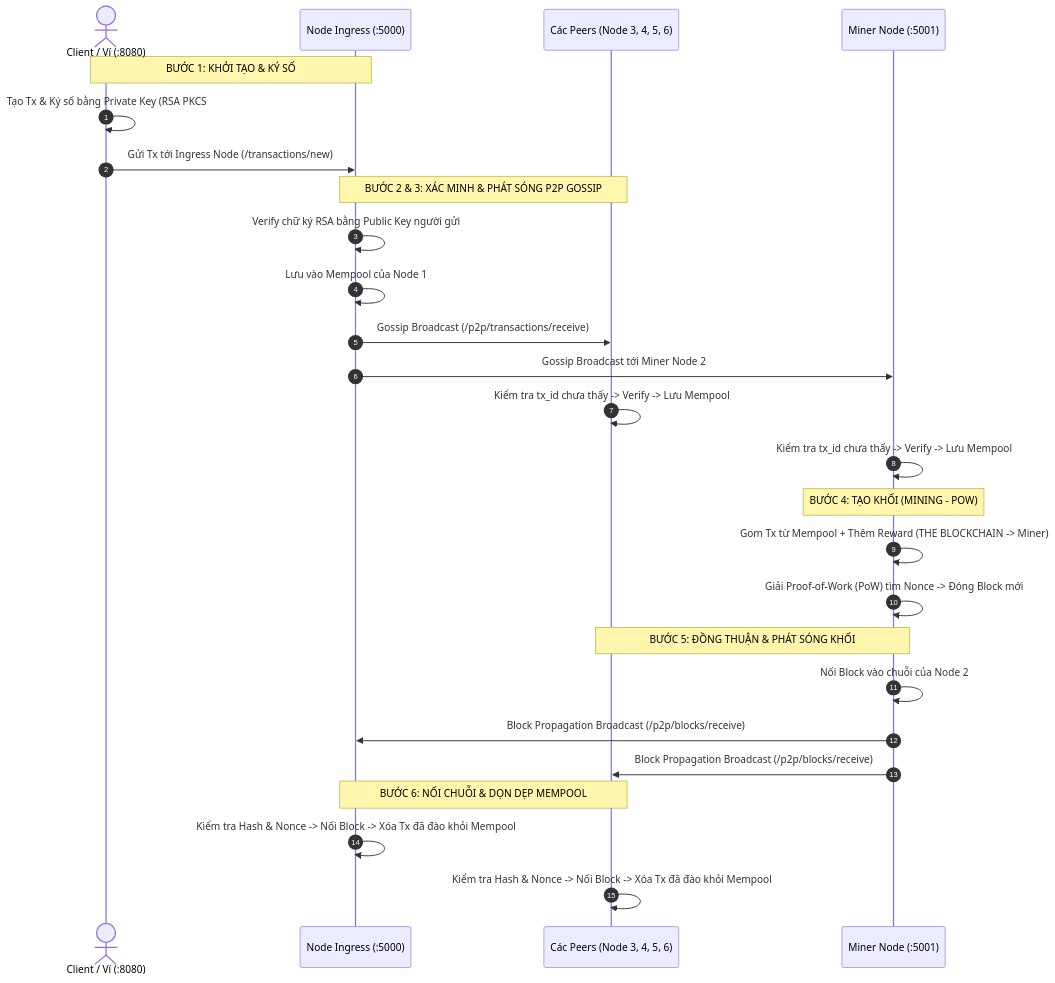
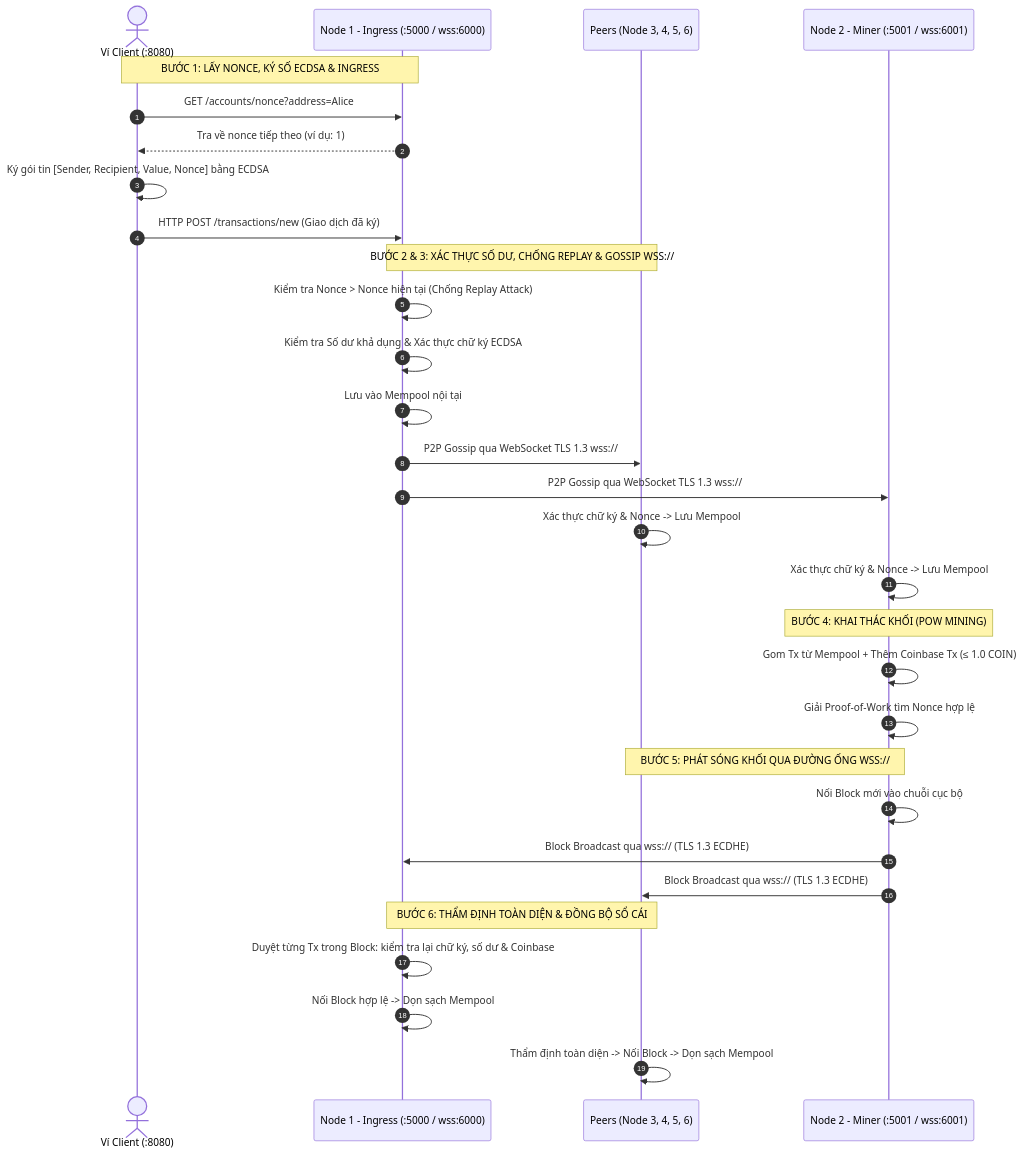
The diagram in README.md (Jakiduy1410/Blockchain-CSATT), drawn with Mermaid before and after one commit. The commit also changed other lines of this file and 21 other files, not shown here.

Commit message:
feat: upgrade transport to WebSocket TLS 1.3 ECDHE, harden consensus security & add 3-layer packet inspector

````diff
--- a/README.md
+++ b/README.md
@@ -55,33 +66,37 @@
 ```mermaid
 sequenceDiagram
     autonumber
-    actor Client as Client / Ví (:8080)
-    participant N1 as Node Ingress (:5000)
-    participant Peers as Các Peers (Node 3, 4, 5, 6)
-    participant N2 as Miner Node (:5001)
+    actor Client as Ví Client (:8080)
+    participant N1 as Node 1 - Ingress (:5000 / wss:6000)
+    participant Peers as Peers (Node 3, 4, 5, 6)
+    participant N2 as Node 2 - Miner (:5001 / wss:6001)
 
-    Note over Client, N1: BƯỚC 1: KHỞI TẠO & KÝ SỐ
-    Client->>Client: Tạo Tx & Ký số bằng Private Key (RSA PKCS#1 v1.5)
-    Client->>N1: Gửi Tx tới Ingress Node (/transactions/new)
+    Note over Client, N1: BƯỚC 1: LẤY NONCE, KÝ SỐ ECDSA & INGRESS
+    Client->>N1: GET /accounts/nonce?address=Alice
+    N1-->>Client: Tra về nonce tiếp theo (ví dụ: 1)
+    Client->>Client: Ký gói tin [Sender, Recipient, Value, Nonce] bằng ECDSA
+    Client->>N1: HTTP POST /transactions/new (Giao dịch đã ký)
 
-    Note over N1, Peers: BƯỚC 2 & 3: XÁC MINH & PHÁT SÓNG P2P GOSSIP
-    N1->>N1: Verify chữ ký RSA bằng Public Key người gửi
-    N1->>N1: Lưu vào Mempool của Node 1
-    N1->>Peers: Gossip Broadcast (/p2p/transactions/receive)
-    N1->>N2: Gossip Broadcast tới Miner Node 2
-    Peers->>Peers: Kiểm tra tx_id chưa thấy -> Verify -> Lưu Mempool
-    N2->>N2: Kiểm tra tx_id chưa thấy -> Verify -> Lưu Mempool
+    Note over N1, Peers: BƯỚC 2 & 3: XÁC THỰC SỐ DƯ, CHỐNG REPLAY & GOSSIP WSS://
+    N1->>N1: Kiểm tra Nonce > Nonce hiện tại (Chống Replay Attack)
+    N1->>N1: Kiểm tra Số dư khả dụng & Xác thực chữ ký ECDSA
+    N1->>N1: Lưu vào Mempool nội tại
+    N1->>Peers: P2P Gossip qua WebSocket TLS 1.3 wss://
+    N1->>N2: P2P Gossip qua WebSocket TLS 1.3 wss://
+    Peers->>Peers: Xác thực chữ ký & Nonce -> Lưu Mempool
+    N2->>N2: Xác thực chữ ký & Nonce -> Lưu Mempool
 
-    Note over N2: BƯỚC 4: TẠO KHỐI (MINING - POW)
-    N2->>N2: Gom Tx từ Mempool + Thêm Reward (THE BLOCKCHAIN -> Miner)
-    N2->>N2: Giải Proof-of-Work (PoW) tìm Nonce -> Đóng Block mới
+    Note over N2: BƯỚC 4: KHAI THÁC KHỐI (POW MINING)
+    N2->>N2: Gom Tx từ Mempool + Thêm Coinbase Tx (≤ 1.0 COIN)
+    N2->>N2: Giải Proof-of-Work tìm Nonce hợp lệ
 
-    Note over N2, Peers: BƯỚC 5: ĐỒNG THUẬN & PHÁT SÓNG KHỐI
-    N2->>N2: Nối Block vào chuỗi của Node 2
-    N2->>N1: Block Propagation Broadcast (/p2p/blocks/receive)
-    N2->>Peers: Block Propagation Broadcast (/p2p/blocks/receive)
+    Note over N2, Peers: BƯỚC 5: PHÁT SÓNG KHỐI QUA ĐƯỜNG ỐNG WSS://
+    N2->>N2: Nối Block mới vào chuỗi cục bộ
+    N2->>N1: Block Broadcast qua wss:// (TLS 1.3 ECDHE)
+    N2->>Peers: Block Broadcast qua wss:// (TLS 1.3 ECDHE)
 
-    Note over N1, Peers: BƯỚC 6: NỐI CHUỖI & DỌN DẸP MEMPOOL
-    N1->>N1: Kiểm tra Hash & Nonce -> Nối Block -> Xóa Tx đã đào khỏi Mempool
-    Peers->>Peers: Kiểm tra Hash & Nonce -> Nối Block -> Xóa Tx đã đào khỏi Mempool
+    Note over N1, Peers: BƯỚC 6: THẨM ĐỊNH TOÀN DIỆN & ĐỒNG BỘ SỔ CÁI
+    N1->>N1: Duyệt từng Tx trong Block: kiểm tra lại chữ ký, số dư & Coinbase
+    N1->>N1: Nối Block hợp lệ -> Dọn sạch Mempool
+    Peers->>Peers: Thẩm định toàn diện -> Nối Block -> Dọn sạch Mempool
 ```
````
